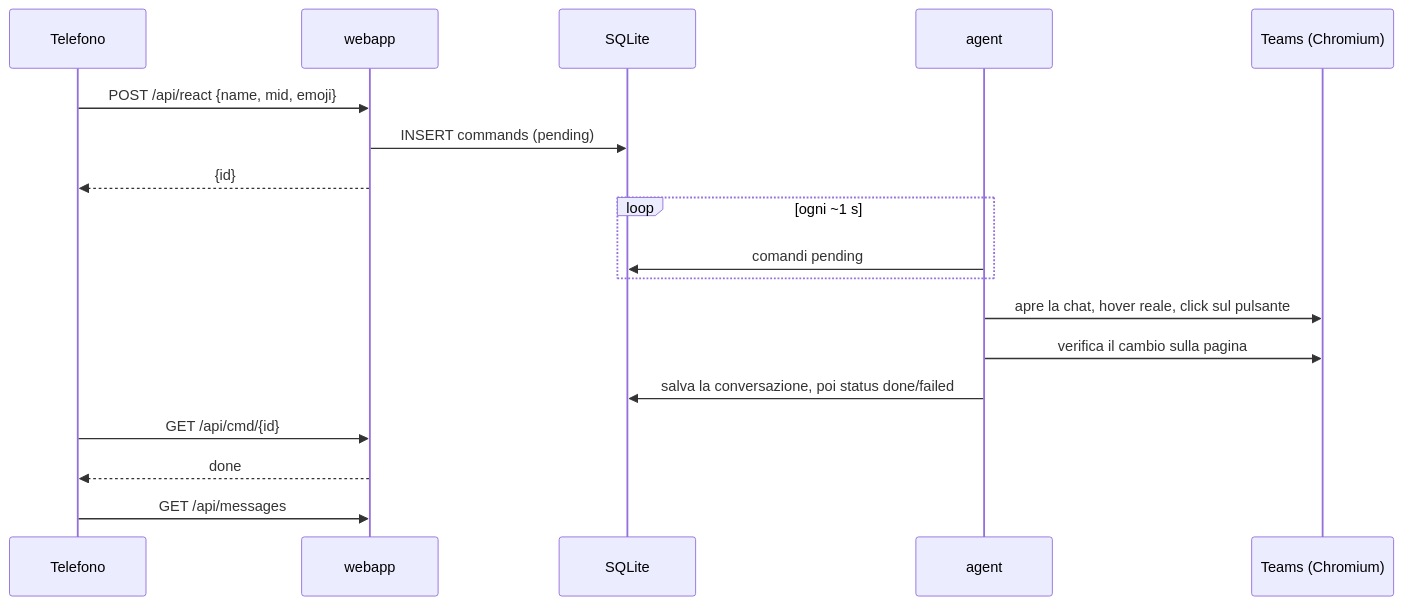
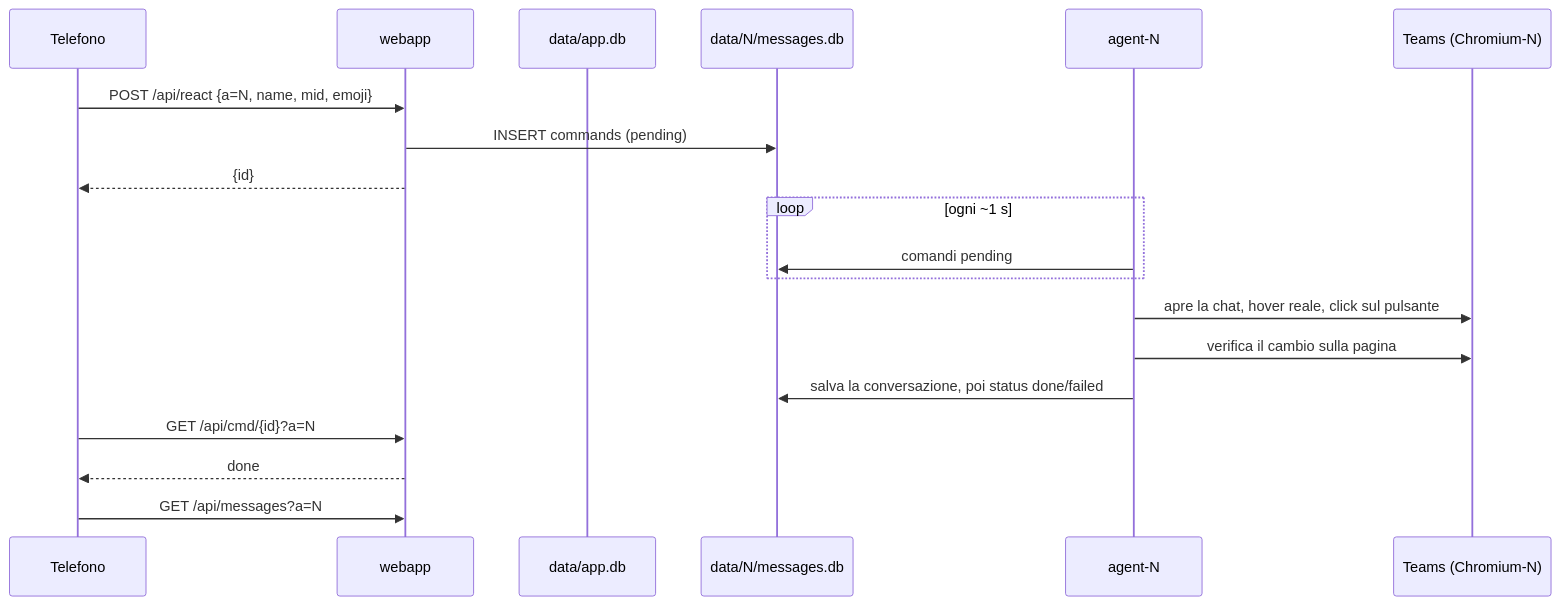
Before and after one commit to Aptul9/teamsrelay: the diagram in docs/riferimento/architettura.md, drawn with Mermaid. The commit also changed other lines of this file and 25 other files, not shown here.

First line of the commit message:
feat(accounts): up to four Teams accounts with an in-app switcher

````diff
--- a/docs/riferimento/architettura.md
+++ b/docs/riferimento/architettura.md
@@ -18,20 +21,21 @@
 ```mermaid
 sequenceDiagram
   participant T as Telefono
   participant W as webapp
-  participant D as SQLite
-  participant A as agent
-  participant C as Teams (Chromium)
-  T->>W: POST /api/react {name, mid, emoji}
+  participant AD as data/app.db
+  participant D as data/N/messages.db
+  participant A as agent-N
+  participant C as Teams (Chromium-N)
+  T->>W: POST /api/react {a=N, name, mid, emoji}
   W->>D: INSERT commands (pending)
   W-->>T: {id}
   loop ogni ~1 s
     A->>D: comandi pending
   end
   A->>C: apre la chat, hover reale, click sul pulsante
   A->>C: verifica il cambio sulla pagina
   A->>D: salva la conversazione, poi status done/failed
-  T->>W: GET /api/cmd/{id}
+  T->>W: GET /api/cmd/{id}?a=N
   W-->>T: done
-  T->>W: GET /api/messages
+  T->>W: GET /api/messages?a=N
 ```
````
